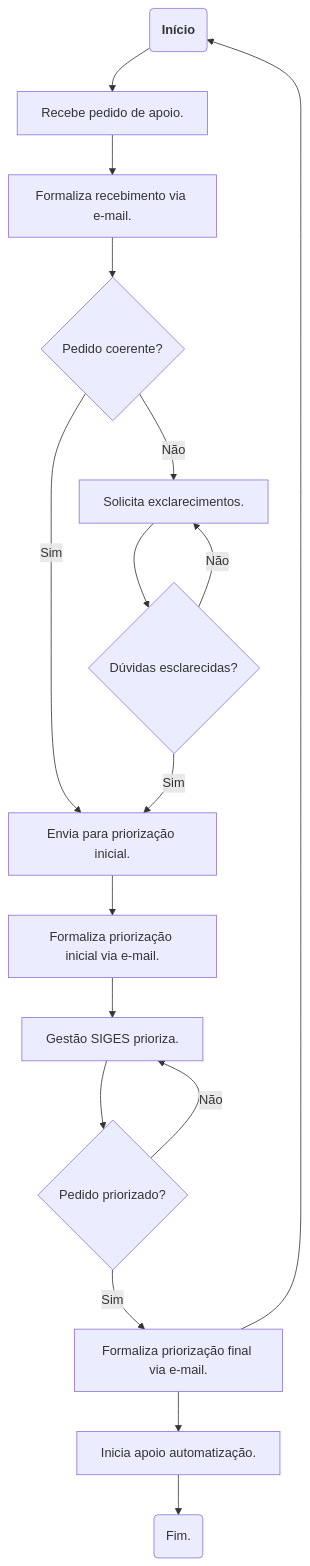
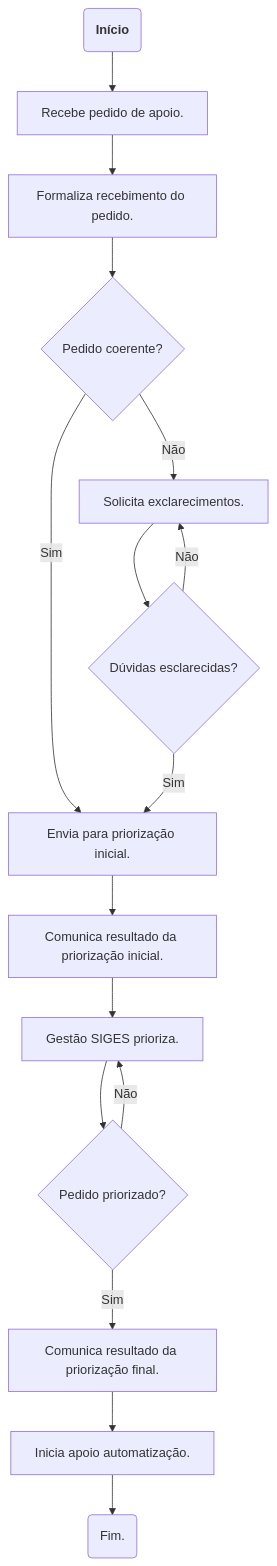
Before and after one commit to automatiza-mg/automatizacoes: the diagram in docs/overrides/partials/fluxo_priorizacao_demandas.md, drawn with Mermaid. The commit also changed 1 other file, not shown here.

Commit message:
Melhora texto para pedido de apoio
Remove confirmações por e-mail do fluxo desenhado.
See #81
Se https://github.com/automatiza-mg/automatizacoes/issues/81#issuecomment-2009564389

````diff
--- a/docs/overrides/partials/fluxo_priorizacao_demandas.md
+++ b/docs/overrides/partials/fluxo_priorizacao_demandas.md
@@ -3,19 +3,18 @@
     ```mermaid
     graph TD
     A("`**Início**`") --> B[Recebe pedido de apoio.]
-    B --> C[Formaliza recebimento via e-mail.]
+    B --> C[Formaliza recebimento do pedido.]
     C --> D{Pedido coerente?}
     D --> |Sim| E[Envia para priorização inicial.]
     D --> |Não| F[Solicita exclarecimentos.]
     F --> G{Dúvidas esclarecidas?}
     G --> |Sim| E
     G --> |Não| F
-    E --> H[Formaliza priorização inicial via e-mail.]
+    E --> H[Comunica resultado da priorização inicial.]
     H --> I[Gestão SIGES prioriza.]
     I --> J{Pedido priorizado?}
     J --> |Não| I
-    J --> |Sim| L[Formaliza priorização final via e-mail.]
-    L --> A
+    J --> |Sim| L[Comunica resultado da priorização final.]
     L --> M[Inicia apoio automatização.]
     M --> N(Fim.)
     ```
````
